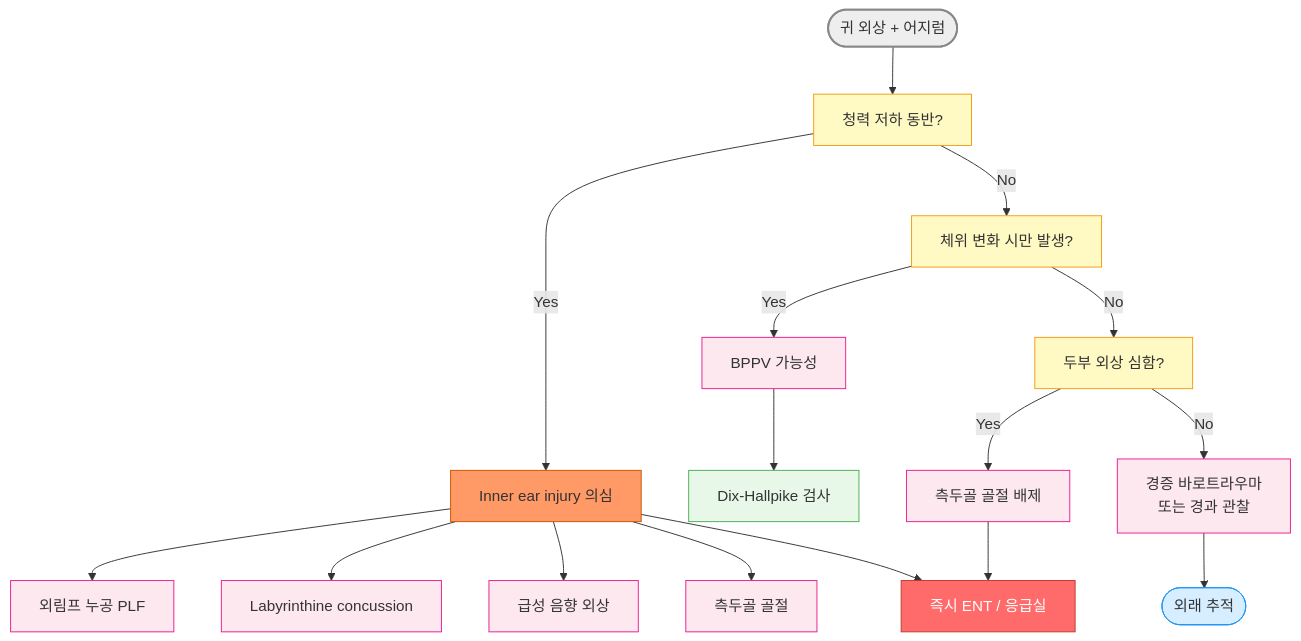
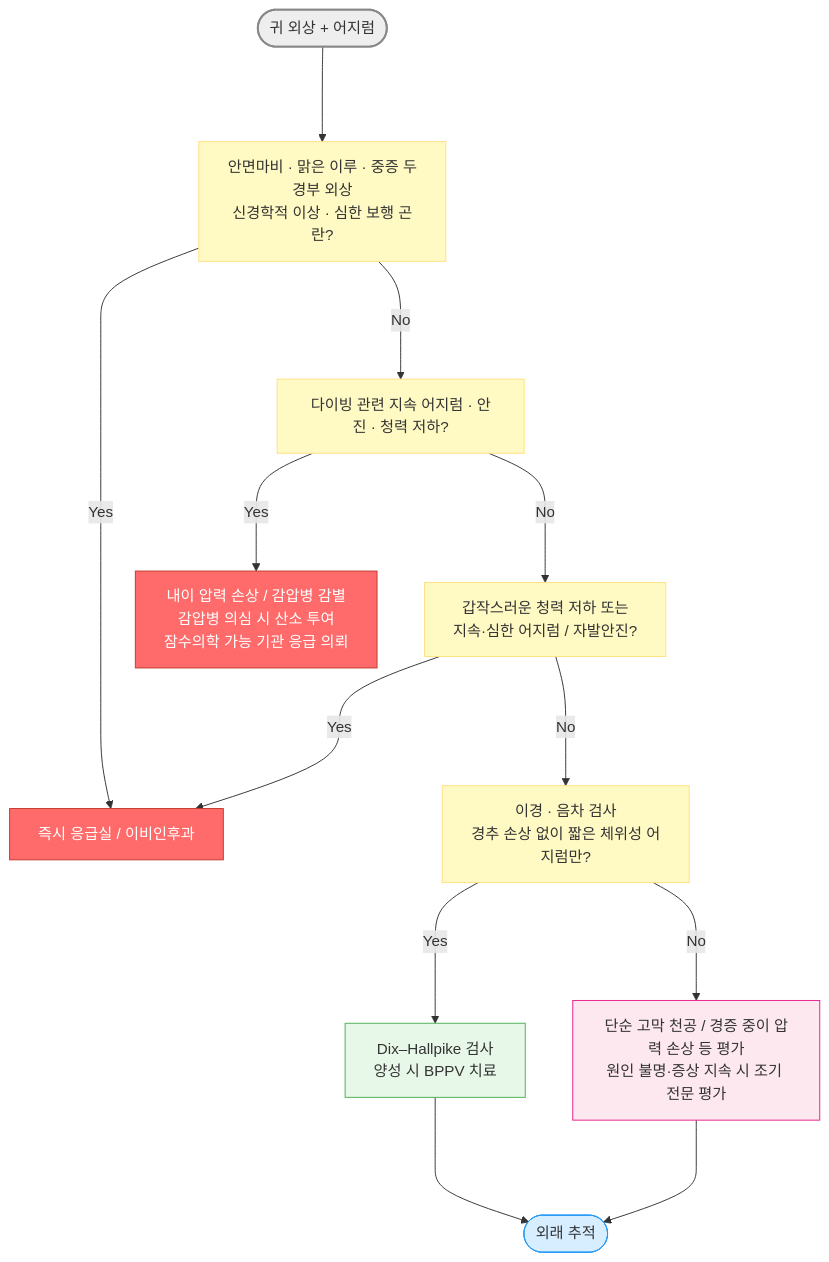
Before and after one commit to familyoh77/familyoh77: the first of 2 diagrams in 222_/049_-ear-injury.md, drawn with Mermaid. The commit also changed other lines of this file, not shown here.

````diff
--- a/222_/049_-ear-injury.md
+++ b/222_/049_-ear-injury.md
@@ -53,28 +44,24 @@
 ```mermaid
 flowchart TD
-    A([귀 외상 + 어지럼]) --> B[청력 저하 동반?]
-    B -->|Yes| C[Inner ear injury 의심]
-    C --> C1[외림프 누공 PLF]
-    C --> C2[Labyrinthine concussion]
-    C --> C3[급성 음향 외상]
-    C --> C4[측두골 골절]
-    C --> D[즉시 ENT / 응급실]
-    B -->|No| E[체위 변화 시만 발생?]
-    E -->|Yes| F[BPPV 가능성]
-    F --> G[Dix-Hallpike 검사]
-    E -->|No| H[두부 외상 심함?]
-    H -->|Yes| I[측두골 골절 배제]
-    I --> D
-    H -->|No| J[경증 바로트라우마<br/>또는 경과 관찰]
-    J --> K([외래 추적])
+    A([귀 외상 + 어지럼]) ---> R["안면마비 · 맑은 이루 · 중증 두경부 외상<br>신경학적 이상 · 심한 보행 곤란?"]
+    R --->|Yes| ER[즉시 응급실 / 이비인후과]
+    R --->|No| D["다이빙 관련 지속 어지럼 · 안진 · 청력 저하?"]
+    D --->|Yes| Dive["내이 압력 손상 / 감압병 감별<br>감압병 의심 시 산소 투여<br>잠수의학 가능 기관 응급 의뢰"]
+    D --->|No| B["갑작스러운 청력 저하 또는<br>지속·심한 어지럼 / 자발안진?"]
+    B --->|Yes| ER
+    B --->|No| E["이경 · 음차 검사<br>경추 손상 없이 짧은 체위성 어지럼만?"]
+    E --->|Yes| G["Dix–Hallpike 검사<br>양성 시 BPPV 치료"]
+    E --->|No| H["단순 고막 천공 / 경증 중이 압력 손상 등 평가<br>원인 불명·증상 지속 시 조기 전문 평가"]
+    H ---> K([외래 추적])
+    G ---> K
 
     style A fill:#eeeeee,stroke:#888888,stroke-width:2px
-    style C fill:#ff9966,stroke:#cc5500
-    style D fill:#ff6b6b,stroke:#c0392b,color:#fff
+    style ER fill:#ff6b6b,stroke:#c0392b,color:#fff
+    style Dive fill:#ff6b6b,stroke:#c0392b,color:#fff
     style G fill:#e8f8e8,stroke:#4caf50
     style K fill:#d6eeff,stroke:#2196f3
-    classDef yellow fill:#fff9c4,stroke:#f39c12
-    class B,E,H yellow
+    classDef yellow fill:#fff9c4,stroke:#ffe082
+    class R,D,B,E yellow
     classDef pink fill:#fde8f0,stroke:#e91e8c
-    class C1,C2,C3,C4,F,I,J pink
+    class H pink
 ```
````
